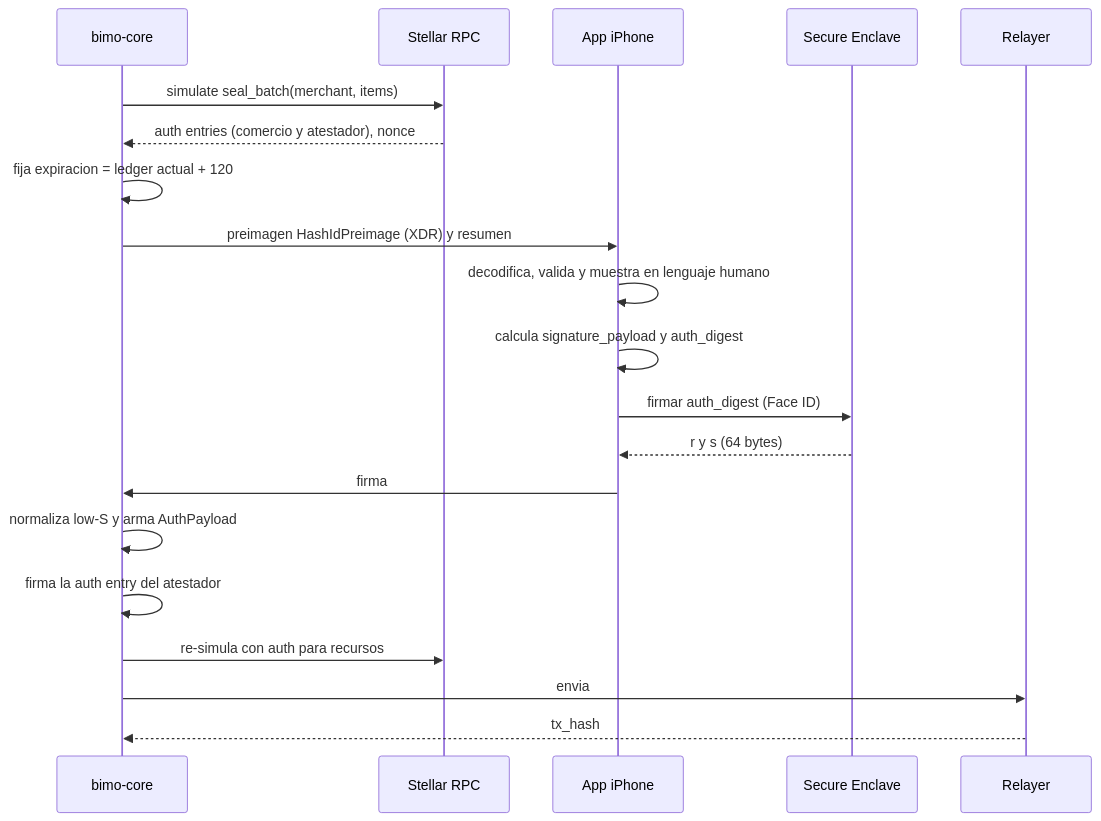
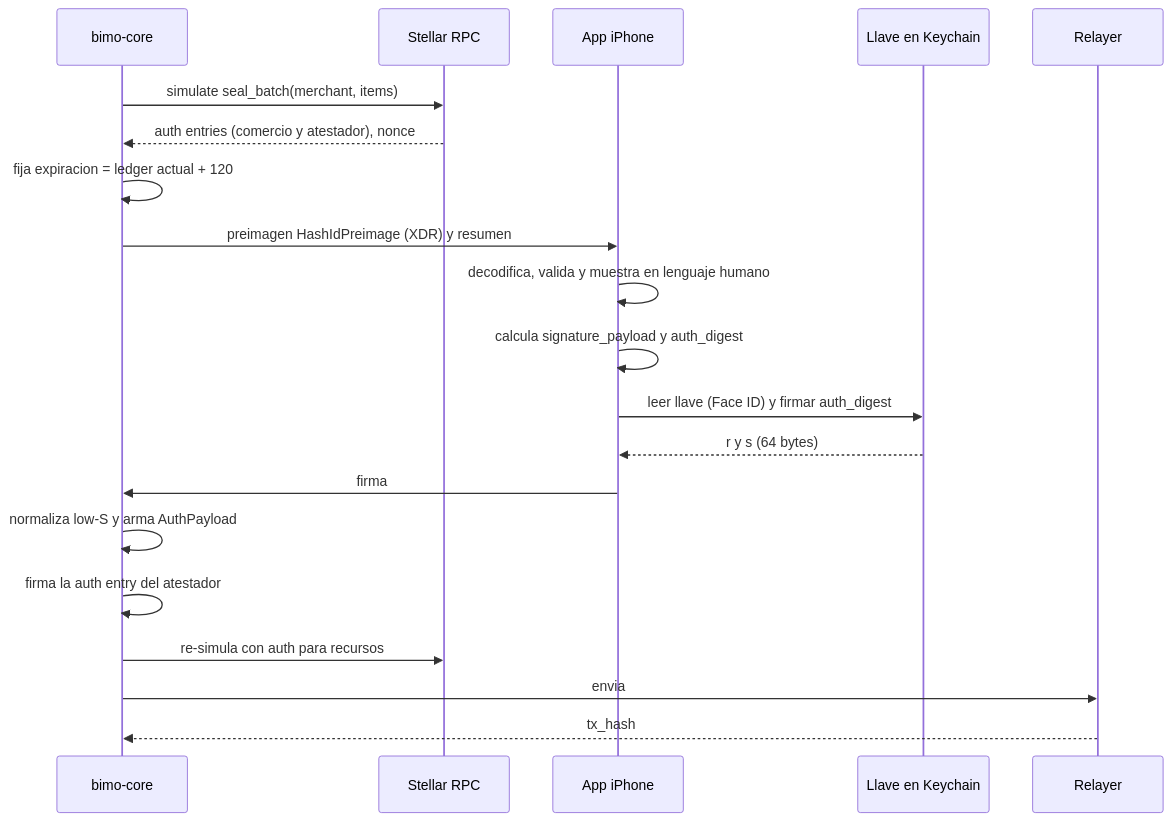
Before and after one commit to andreMD287/Bimo: the second of 2 diagrams in docs/specs/03-contratos-soroban.md, drawn with Mermaid. The commit also changed other lines of this file, not shown here.

````diff
--- a/docs/specs/03-contratos-soroban.md
+++ b/docs/specs/03-contratos-soroban.md
@@ -187,22 +187,22 @@
 ```mermaid
 sequenceDiagram
   participant C as bimo-core
   participant RPC as Stellar RPC
   participant A as App iPhone
-  participant SE as Secure Enclave
+  participant K as Llave en Keychain
   participant R as Relayer
   C->>RPC: simulate seal_batch(merchant, items)
   RPC-->>C: auth entries (comercio y atestador), nonce
   C->>C: fija expiracion = ledger actual + 120
   C->>A: preimagen HashIdPreimage (XDR) y resumen
   A->>A: decodifica, valida y muestra en lenguaje humano
   A->>A: calcula signature_payload y auth_digest
-  A->>SE: firmar auth_digest (Face ID)
-  SE-->>A: r y s (64 bytes)
+  A->>K: leer llave (Face ID) y firmar auth_digest
+  K-->>A: r y s (64 bytes)
   A->>C: firma
   C->>C: normaliza low-S y arma AuthPayload
   C->>C: firma la auth entry del atestador
   C->>RPC: re-simula con auth para recursos
   C->>R: envia
   R-->>C: tx_hash
 ```
````
